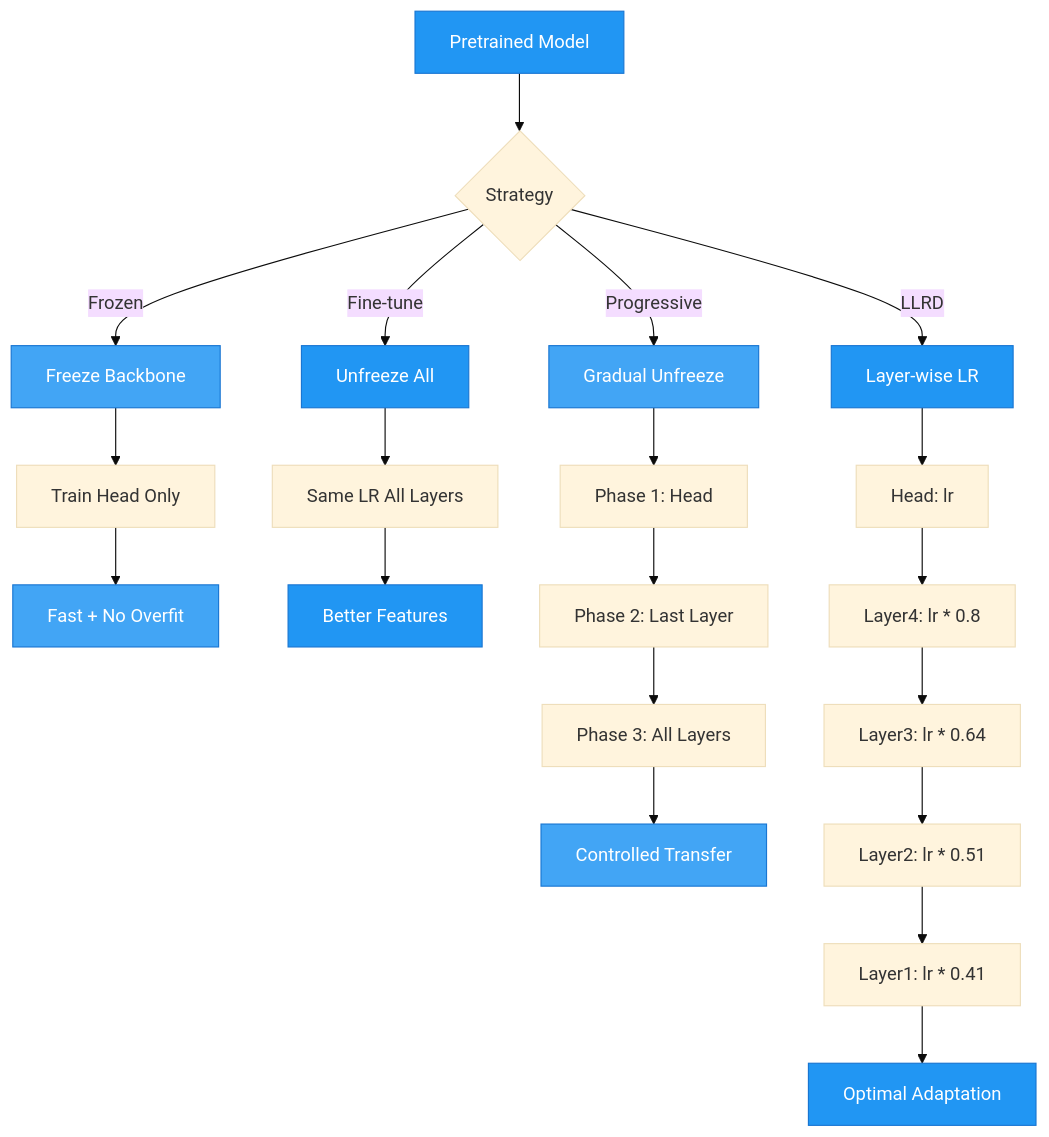
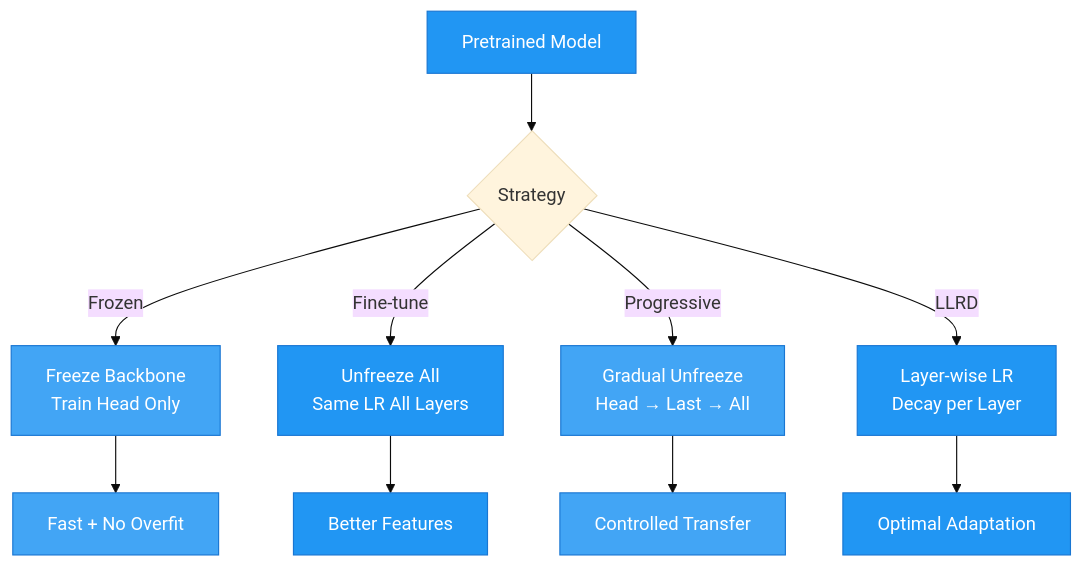
Before and after one commit to theja-vanka/AutoTimm: the diagram in docs/examples/integration/hf_transfer_learning.md, drawn with Mermaid (base theme). The commit also changed 5 other files, not shown here.

Commit message:
refactor: mermaid diagrams in docs

````diff
--- a/docs/examples/integration/hf_transfer_learning.md
+++ b/docs/examples/integration/hf_transfer_learning.md
@@ -7,37 +7,24 @@
 ```mermaid
 graph TD
     A[Pretrained Model] --> B{Strategy}
-    
-    B -->|Frozen| C1[Freeze Backbone]
-    B -->|Fine-tune| C2[Unfreeze All]
-    B -->|Progressive| C3[Gradual Unfreeze]
-    B -->|LLRD| C4[Layer-wise LR]
-    
-    C1 --> D1[Train Head Only]
-    D1 --> E1[Fast + No Overfit]
-    
-    C2 --> D2[Same LR All Layers]
-    D2 --> E2[Better Features]
-    
-    C3 --> D3[Phase 1: Head]
-    D3 --> D4[Phase 2: Last Layer]
-    D4 --> D5[Phase 3: All Layers]
-    D5 --> E3[Controlled Transfer]
-    
-    C4 --> D6[Head: lr]
-    D6 --> D7[Layer4: lr * 0.8]
-    D7 --> D8[Layer3: lr * 0.64]
-    D8 --> D9[Layer2: lr * 0.51]
-    D9 --> D10[Layer1: lr * 0.41]
-    D10 --> E4[Optimal Adaptation]
-    
+
+    B -->|Frozen| C1[Freeze Backbone<br/>Train Head Only]
+    B -->|Fine-tune| C2[Unfreeze All<br/>Same LR All Layers]
+    B -->|Progressive| C3[Gradual Unfreeze<br/>Head → Last → All]
+    B -->|LLRD| C4[Layer-wise LR<br/>Decay per Layer]
+
+    C1 --> E1[Fast + No Overfit]
+    C2 --> E2[Better Features]
+    C3 --> E3[Controlled Transfer]
+    C4 --> E4[Optimal Adaptation]
+
     style A fill:#2196F3,stroke:#1976D2,color:#fff
     style C1 fill:#42A5F5,stroke:#1976D2,color:#fff
     style C2 fill:#2196F3,stroke:#1976D2,color:#fff
     style C3 fill:#42A5F5,stroke:#1976D2,color:#fff
     style C4 fill:#2196F3,stroke:#1976D2,color:#fff
     style E1 fill:#42A5F5,stroke:#1976D2,color:#fff
     style E2 fill:#2196F3,stroke:#1976D2,color:#fff
     style E3 fill:#42A5F5,stroke:#1976D2,color:#fff
     style E4 fill:#2196F3,stroke:#1976D2,color:#fff
 ```
````
